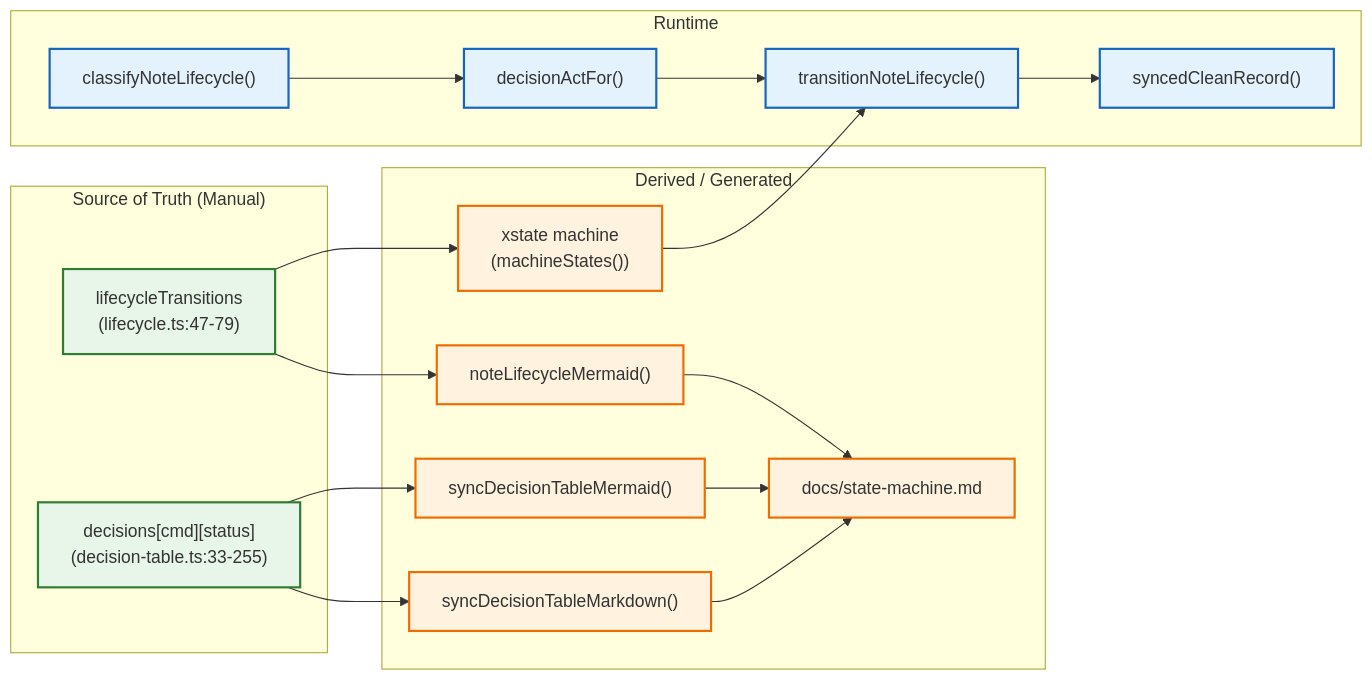
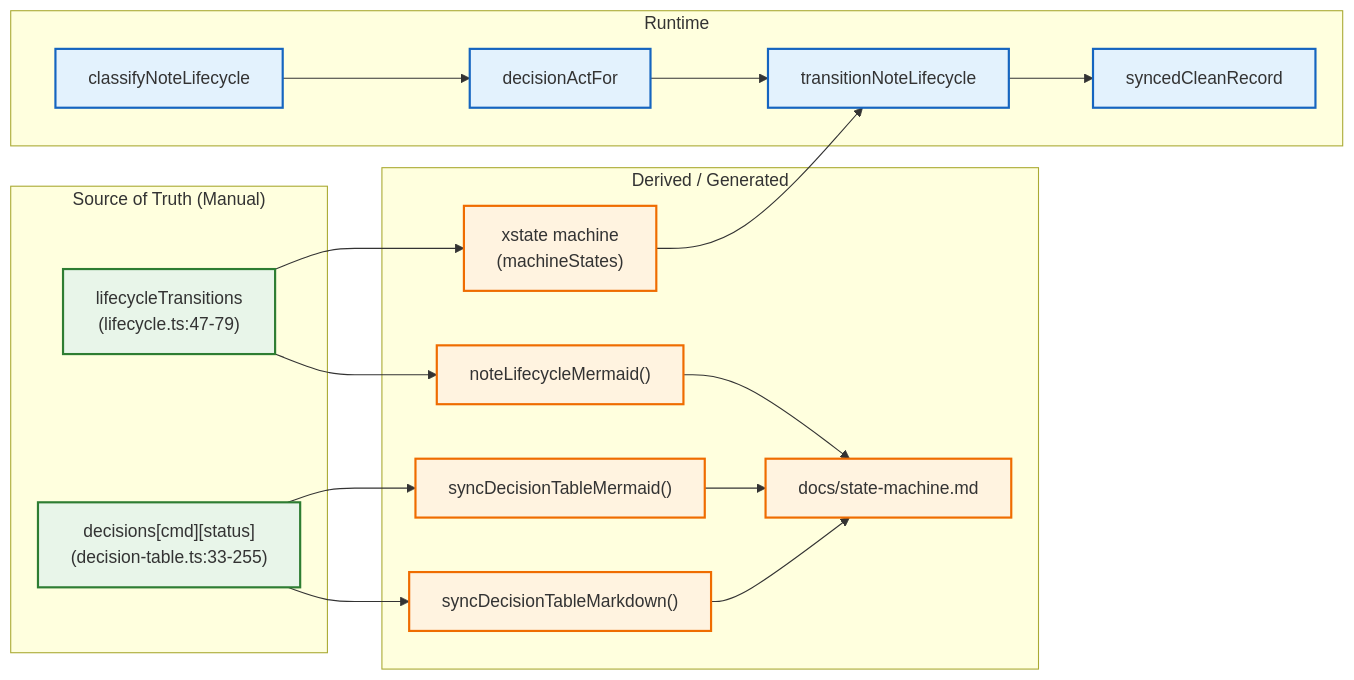
One commit to Karol-Szykula/AnkiPalace changed the first of 6 diagrams in docs/state-machine.md. Above: the diagram before and after it, drawn with Mermaid. The commit also changed other lines of this file and 2 other files, not shown here.

Commit message:
Fix mermaid rendering

````diff
--- a/docs/state-machine.md
+++ b/docs/state-machine.md
@@ -8,45 +8,42 @@
 ```mermaid
 flowchart LR
-  subgraph "Source of Truth (Manual)"
-    LT["lifecycleTransitions
-(lifecycle.ts:47-79)"]
-    DT["decisions[cmd][status]
-(decision-table.ts:33-255)"]
+  subgraph SOURCE["Source of Truth (Manual)"]
+    LT["lifecycleTransitions<br/>(lifecycle.ts:47-79)"]
+    DT["decisions[cmd][status]<br/>(decision-table.ts:33-255)"]
   end
 
-  subgraph "Derived / Generated"
-    XSTATE["xstate machine
-(machineStates())"]
+  subgraph GEN["Derived / Generated"]
+    XSTATE["xstate machine<br/>(machineStates)"]
     MERMAID_LC["noteLifecycleMermaid()"]
     MERMAID_DT["syncDecisionTableMermaid()"]
     MD_DT["syncDecisionTableMarkdown()"]
     DOC["docs/state-machine.md"]
   end
 
-  subgraph "Runtime"
-    CLASSIFY["classifyNoteLifecycle()"]
-    DECIDE["decisionActFor()"]
-    TRANSIT["transitionNoteLifecycle()"]
-    LEDGER["syncedCleanRecord()"]
+  subgraph RUNTIME["Runtime"]
+    CLASSIFY["classifyNoteLifecycle"]
+    DECIDE["decisionActFor"]
+    TRANSIT["transitionNoteLifecycle"]
+    LEDGER["syncedCleanRecord"]
   end
 
   LT --> XSTATE
   LT --> MERMAID_LC
   DT --> MERMAID_DT
   DT --> MD_DT
   MERMAID_LC --> DOC
   MERMAID_DT --> DOC
   MD_DT --> DOC
   XSTATE --> TRANSIT
   CLASSIFY --> DECIDE
   DECIDE --> TRANSIT
   TRANSIT --> LEDGER
 
   classDef src fill:#e8f5e9,stroke:#2e7d32,stroke-width:2px;
   classDef gen fill:#fff3e0,stroke:#ef6c00,stroke-width:2px;
   classDef run fill:#e3f2fd,stroke:#1565c0,stroke-width:2px;
   classDef doc fill:#fce4ec,stroke:#c2185b,stroke-width:2px;
   class LT,DT src;
   class XSTATE,MERMAID_LC,MERMAID_DT,MD_DT,DOC gen;
   class CLASSIFY,DECIDE,TRANSIT,LEDGER run;
 ```
````
